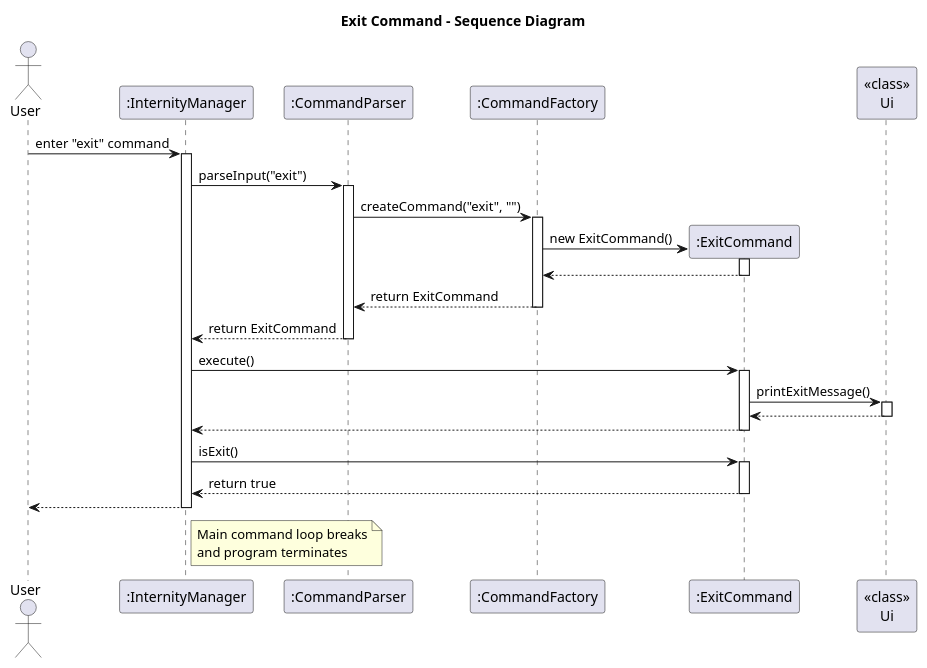
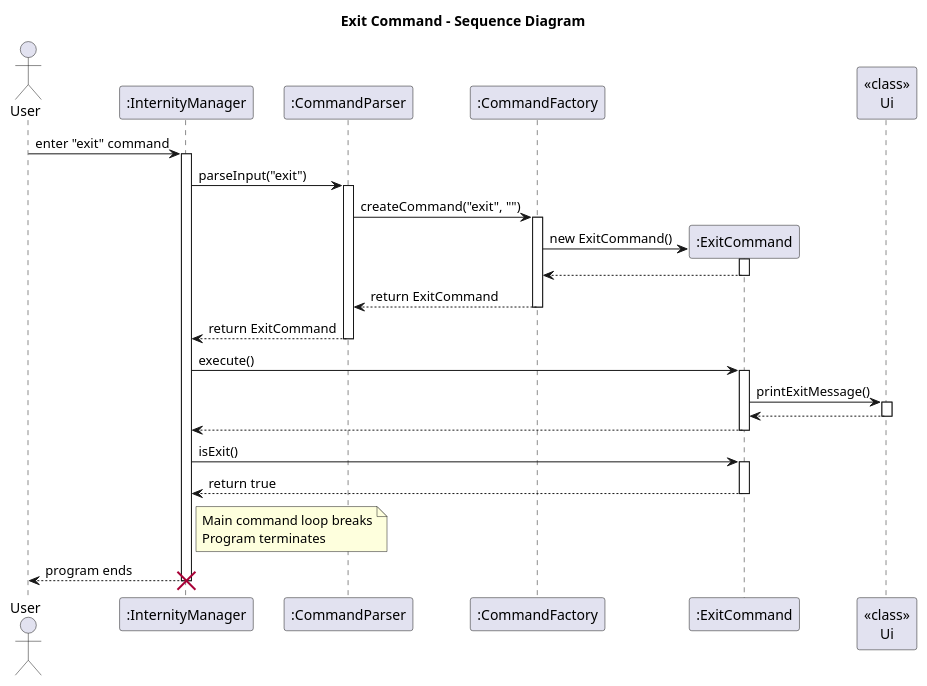
The diagram in docs/diagrams/ExitCommandSD.puml (AY2526S1-CS2113-W14-4/tp), drawn with PlantUML before and after one commit. The commit also changed 1 other file, not shown here.

```diff
--- a/docs/diagrams/ExitCommandSD.puml
+++ b/docs/diagrams/ExitCommandSD.puml
@@ -1,49 +1,50 @@
 @startuml
 title Exit Command - Sequence Diagram
 
 actor User
 participant ":InternityManager" as IM
 participant ":CommandParser" as CP
 participant ":CommandFactory" as CF
 participant ":ExitCommand" as EC
 participant "<<class>>\nUi" as Ui
 
 User -> IM: enter "exit" command
 activate IM
 
 IM -> CP: parseInput("exit")
 activate CP
 
 CP -> CF: createCommand("exit", "")
 activate CF
 CF -> EC**: new ExitCommand()
 activate EC
 return
 deactivate EC
 CF --> CP: return ExitCommand
 deactivate CF
 
 CP --> IM: return ExitCommand
 deactivate CP
 
 IM -> EC: execute()
 activate EC
 EC -> Ui: printExitMessage()
 activate Ui
 Ui --> EC
 deactivate Ui
 EC --> IM
 deactivate EC
 
 IM -> EC: isExit()
 activate EC
 EC --> IM: return true
 deactivate EC
-IM --> User
 
 note right of IM
   Main command loop breaks
-  and program terminates
+  Program terminates
 end note
-deactivate IM
+
+IM --> User: program ends
+destroy IM
 @enduml
```
